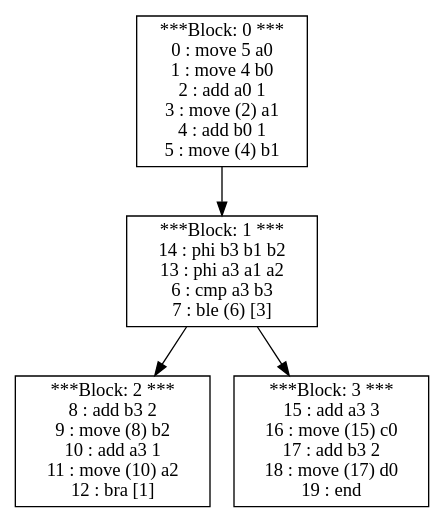
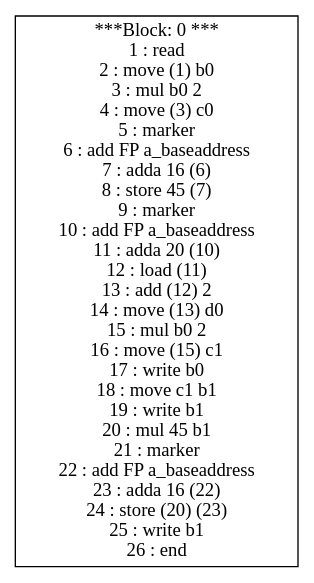
One commit to vigneshjathavara/PL241-Compiler changed the diagram in src/Display/domTreeDotOutput_b4cp.gv. Above: the diagram before and after it, drawn with Graphviz. The commit also changed 22 other files, not shown here.

```diff
--- a/src/Display/domTreeDotOutput_b4cp.gv
+++ b/src/Display/domTreeDotOutput_b4cp.gv
@@ -1,10 +1,4 @@
 digraph structs {
-0 [shape=record,label="***Block: 0 ***\n0 : move 5 a0 \n1 : move 4 b0 \n2 : add a0 1 \n3 : move (2) a1 \n4 : add b0 1 \n5 : move (4) b1 \n"]
-1 [shape=record,label="***Block: 1 ***\n14 : phi b3 b1 b2 \n13 : phi a3 a1 a2 \n6 : cmp a3 b3 \n7 : ble (6) [3]\n"]
-2 [shape=record,label="***Block: 2 ***\n8 : add b3 2 \n9 : move (8) b2 \n10 : add a3 1 \n11 : move (10) a2 \n12 : bra [1]\n"]
-3 [shape=record,label="***Block: 3 ***\n15 : add a3 3 \n16 : move (15) c0 \n17 : add b3 2 \n18 : move (17) d0 \n19 : end \n"]
-0 -> 1;
-1 -> 2;
-1 -> 3;
+0 [shape=record,label="***Block: 0 ***\n1 : read \n2 : move (1) b0 \n3 : mul b0 2 \n4 : move (3) c0 \n5 : marker \n6 : add FP a_baseaddress \n7 : adda 16 (6) \n8 : store 45 (7) \n9 : marker \n10 : add FP a_baseaddress \n11 : adda 20 (10) \n12 : load (11) \n13 : add (12) 2 \n14 : move (13) d0 \n15 : mul b0 2 \n16 : move (15) c1 \n17 : write b0\n18 : move c1 b1 \n19 : write b1\n20 : mul 45 b1 \n21 : marker \n22 : add FP a_baseaddress \n23 : adda 16 (22) \n24 : store (20) (23) \n25 : write b1\n26 : end \n"]
 
 }
```
